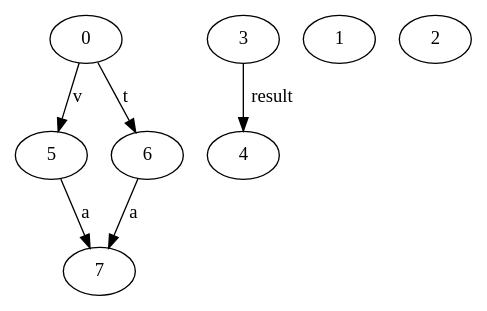
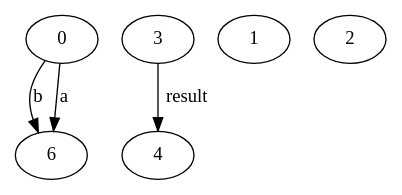
The diagram in AliasingImpl/source/test.dot (varivera/aliasing-java), drawn with Graphviz before and after one commit. The commit also changed 7 other files, not shown here.

```diff
--- a/AliasingImpl/source/test.dot
+++ b/AliasingImpl/source/test.dot
@@ -1,15 +1,11 @@
 digraph G {
-n5->n7 [label="a"]
-n6->n7 [label="a"]
-n0->n5 [label="v"]
-n0->n6 [label="t"]
+n0->n6 [label="b"]
+n0->n6 [label="a"]
 n0[label="0"]
-n5[label="5"]
 n6[label="6"]
-n7[label="7"]
 n3->n4 [label="result"]
 n3[label="3"]
 n4[label="4"]
 n1[label="1"]
 n2[label="2"]
 }
```
